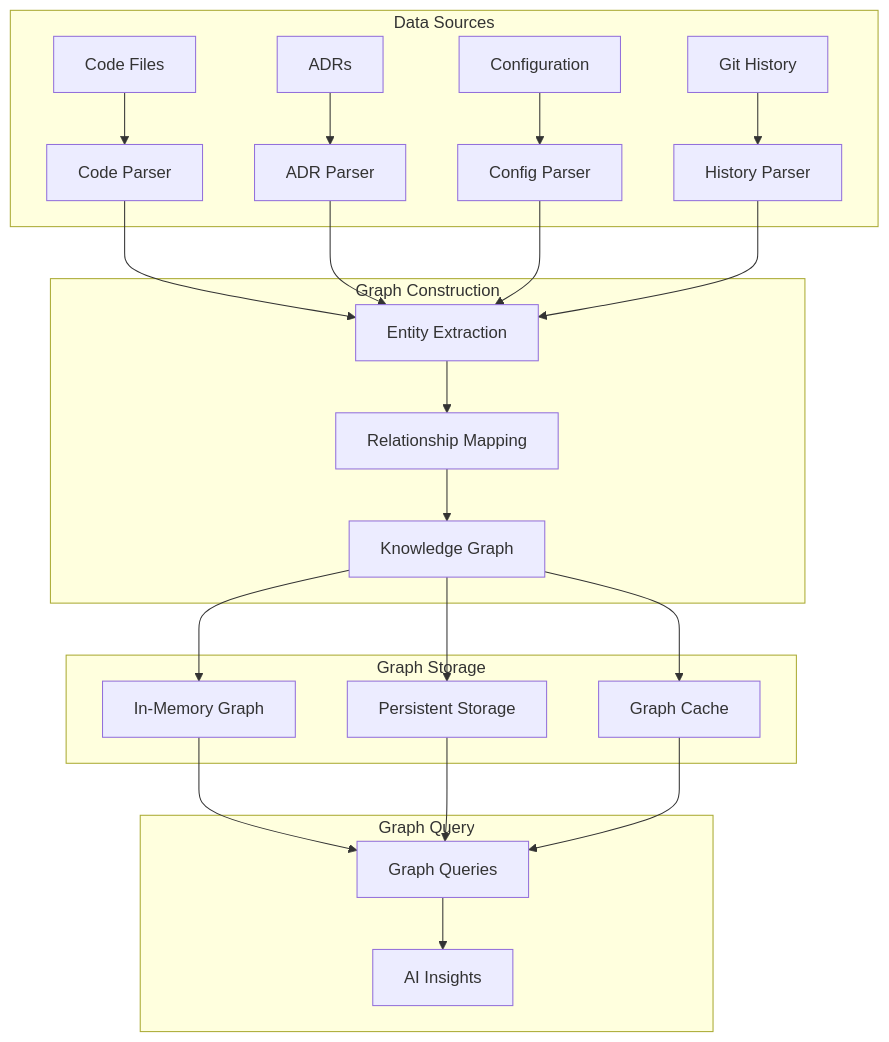
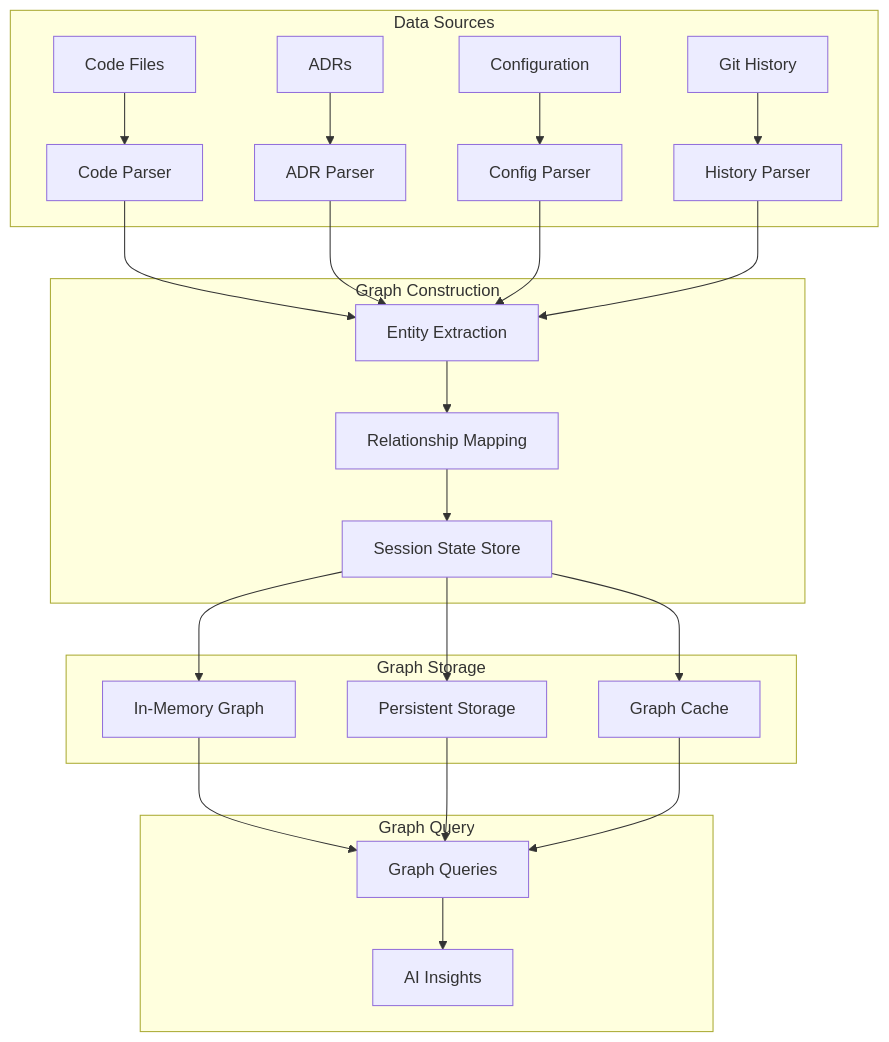
Before and after one commit to tosin2013/mcp-adr-analysis-server: the diagram in docs/explanation/knowledge-graph.md, drawn with Mermaid. The commit also changed other lines of this file and 28 other files, not shown here.

First line of the commit message:
docs(naming): rename "Knowledge Graph" to "Session & Tool-Usage Tracker" (#1548) (#1606)

````diff
--- a/docs/explanation/knowledge-graph.md
+++ b/docs/explanation/knowledge-graph.md
@@ -25,32 +25,32 @@
 ```mermaid
 graph TB
     subgraph "Data Sources"
         Code[Code Files] --> Parser[Code Parser]
         ADRs[ADRs] --> ADRParser[ADR Parser]
         Config[Configuration] --> ConfigParser[Config Parser]
         History[Git History] --> HistoryParser[History Parser]
     end
 
     subgraph "Graph Construction"
         Parser --> Entities[Entity Extraction]
         ADRParser --> Entities
         ConfigParser --> Entities
         HistoryParser --> Entities
 
         Entities --> Relations[Relationship Mapping]
-        Relations --> Graph[Knowledge Graph]
+        Relations --> Graph[Session State Store]
     end
 
     subgraph "Graph Storage"
         Graph --> Memory[In-Memory Graph]
         Graph --> Persistent[Persistent Storage]
         Graph --> Cache[Graph Cache]
     end
 
     subgraph "Graph Query"
         Memory --> Query[Graph Queries]
         Persistent --> Query
         Cache --> Query
         Query --> Insights[AI Insights]
     end
 ```
````
